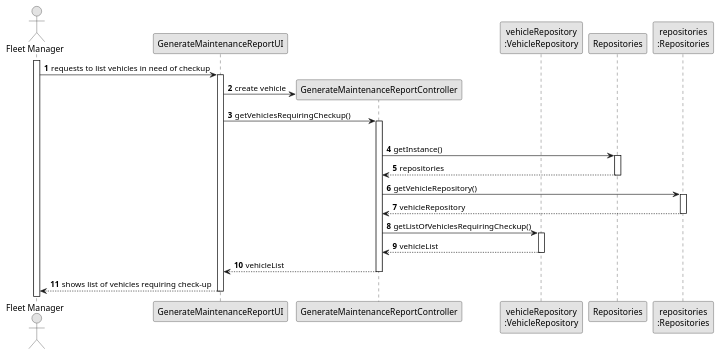
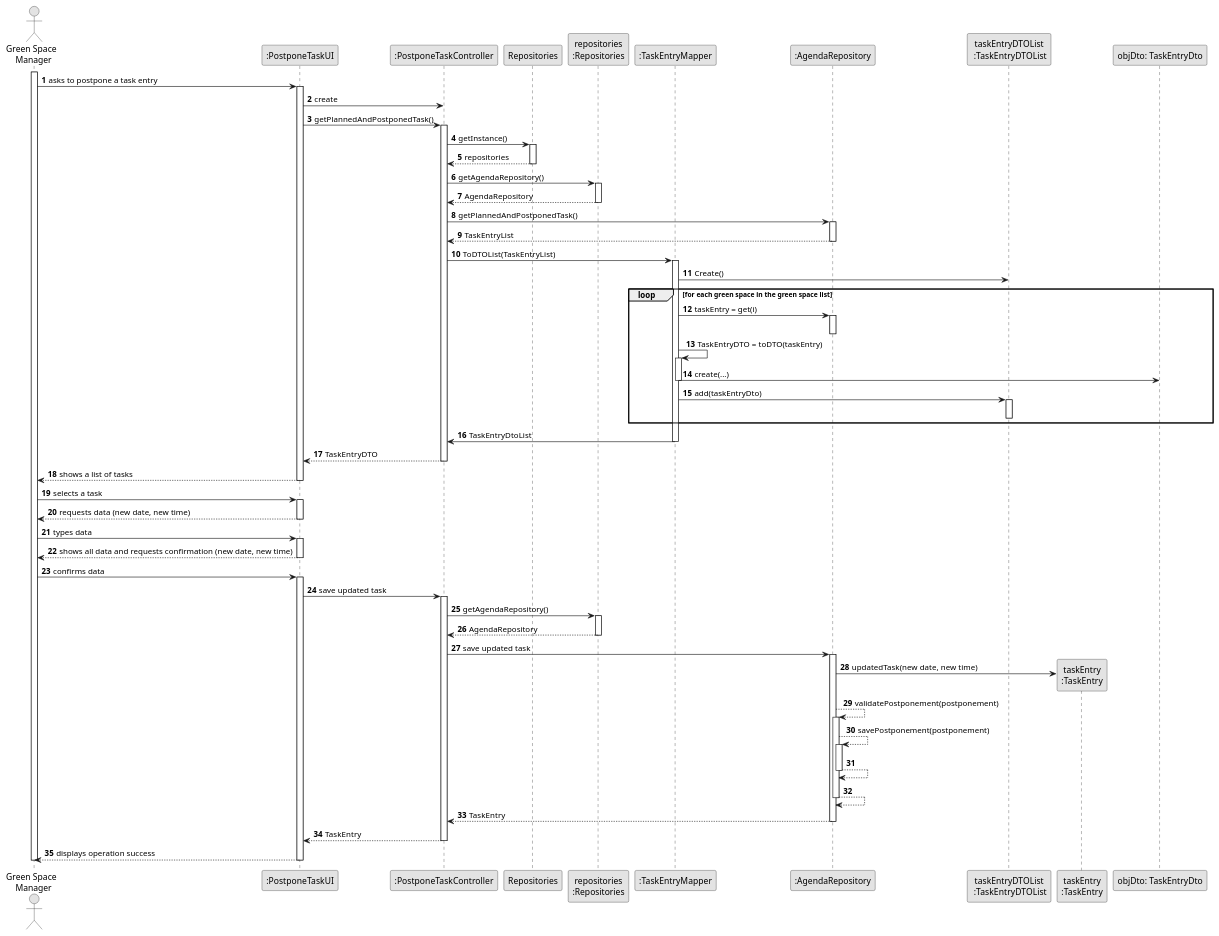
The diagram in docs/sprintC/us024/03.design/puml/us024-sequence-diagram-full.puml (Departamento-de-Engenharia-Informatica/lei-24-s2-1dkl-g134), drawn with PlantUML before and after one commit. The commit also changed 2 other files, not shown here.

```diff
--- a/docs/sprintC/us024/03.design/puml/us024-sequence-diagram-full.puml
+++ b/docs/sprintC/us024/03.design/puml/us024-sequence-diagram-full.puml
@@ -1,57 +1,117 @@
 @startuml
 skinparam monochrome true
 skinparam packageStyle rectangle
 skinparam shadowing false
 
 autonumber
 
 'hide footbox
-actor "Fleet Manager" as FM
-participant "GenerateMaintenanceReportUI" as UI
-participant "GenerateMaintenanceReportController" as CTRL
-participant "vehicleRepository\n:VehicleRepository" as VR
+actor "Green Space \n Manager" as ADM
+participant ":PostponeTaskUI" as UI
+participant ":PostponeTaskController" as CTRL
 participant "Repositories" as RepositorySingleton
 participant "repositories\n:Repositories" as PLAT
+participant ":TaskEntryMapper" as MAP
+participant ":AgendaRepository" as URG
+participant "taskEntryDTOList\n :TaskEntryDTOList" as DTO
+
+participant "taskEntry\n:TaskEntry" as TASK
+participant "objDto: TaskEntryDto" as GDTO
 
 
-activate FM
+activate ADM
 
-        FM -> UI : requests to list vehicles in need of checkup
+    ADM -> UI : asks to postpone a task entry
+    activate UI
+        UI -> CTRL : create
+        UI -> CTRL : getPlannedAndPostponedTask()
+        activate CTRL
 
-        activate UI
+            CTRL -> RepositorySingleton : getInstance()
+            activate RepositorySingleton
 
-'            UI --> ADM : requests data (reference, description,  informal \n description, technical description, duration, cost)
-            'create CTRL
+                RepositorySingleton --> CTRL : repositories
+            deactivate RepositorySingleton
 
-            UI -> CTRL** : create vehicle
+            CTRL -> PLAT : getAgendaRepository()
+            activate PLAT
 
-            UI -> CTRL : getVehiclesRequiringCheckup()
+                PLAT --> CTRL : AgendaRepository
+            deactivate PLAT
+
+            CTRL -> URG : getPlannedAndPostponedTask()
+            activate URG
+
+                URG --> CTRL : TaskEntryList
+            deactivate URG
+
+            CTRL -> MAP : ToDTOList(TaskEntryList)
+            activate MAP
+                MAP -> DTO: Create()
+                loop for each green space in the green space list
+                MAP -> URG: taskEntry = get(i)
+                activate URG
+                deactivate URG
+                MAP -> MAP: TaskEntryDTO = toDTO(taskEntry)
+                activate MAP
+                MAP -> GDTO: create(...)
+                deactivate MAP
+                MAP -> DTO: add(taskEntryDto)
+
+                activate DTO
+                deactivate DTO
+                end
+                MAP -> CTRL: TaskEntryDtoList
+            deactivate MAP
+
+            CTRL --> UI : TaskEntryDTO
+        deactivate CTRL
+
+        UI --> ADM : shows a list of tasks
+    deactivate UI
+ADM -> UI : selects a task
+    activate UI
+
+        UI --> ADM : requests data (new date, new time)
+    deactivate UI
+
+    ADM -> UI : types data
+    activate UI
+
+        UI --> ADM : shows all data and requests confirmation (new date, new time)
+    deactivate UI
+
+    ADM -> UI : confirms data
+    activate UI
+     UI -> CTRL : save updated task
             activate CTRL
 
-                |||
-                    CTRL -> RepositorySingleton: getInstance()
-                    activate RepositorySingleton
+                CTRL -> PLAT : getAgendaRepository()
+                activate PLAT
 
-                    RepositorySingleton --> CTRL: repositories
-                    deactivate RepositorySingleton
+                    PLAT --> CTRL : AgendaRepository
+                deactivate PLAT
 
-                    CTRL -> PLAT: getVehicleRepository()
-                    activate PLAT
+                CTRL -> URG : save updated task
 
-                        PLAT --> CTRL: vehicleRepository
-                    deactivate PLAT
+                activate URG
 
-                CTRL -> VR: getListOfVehiclesRequiringCheckup()
-                activate VR
-
-                VR --> CTRL: vehicleList
-                deactivate VR
-
-                CTRL --> UI :vehicleList
+                           URG -> TASK** : updatedTask(new date, new time)
+                           URG --> URG : validatePostponement(postponement)
+                           activate URG
+                           URG --> URG : savePostponement(postponement)
+                           activate URG
+                           URG --> URG
+                           deactivate URG
+                           URG --> URG
+                           deactivate URG
+                           URG --> CTRL : TaskEntry
+                           deactivate URG
+        CTRL --> UI : TaskEntry
             deactivate CTRL
 
-            UI --> FM :  shows list of vehicles requiring check-up
-        deactivate UI
-
+                UI --> ADM : displays operation success
+            deactivate UI
+        deactivate ADM
 
 @enduml
```
